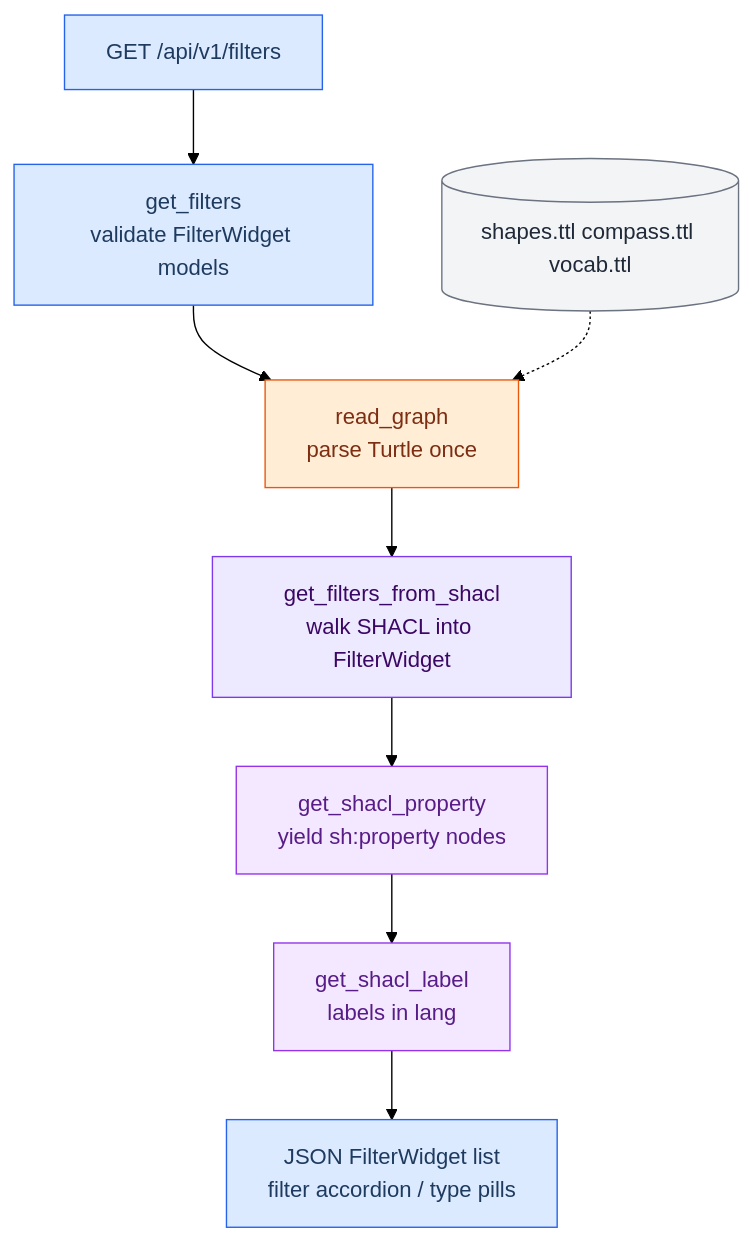
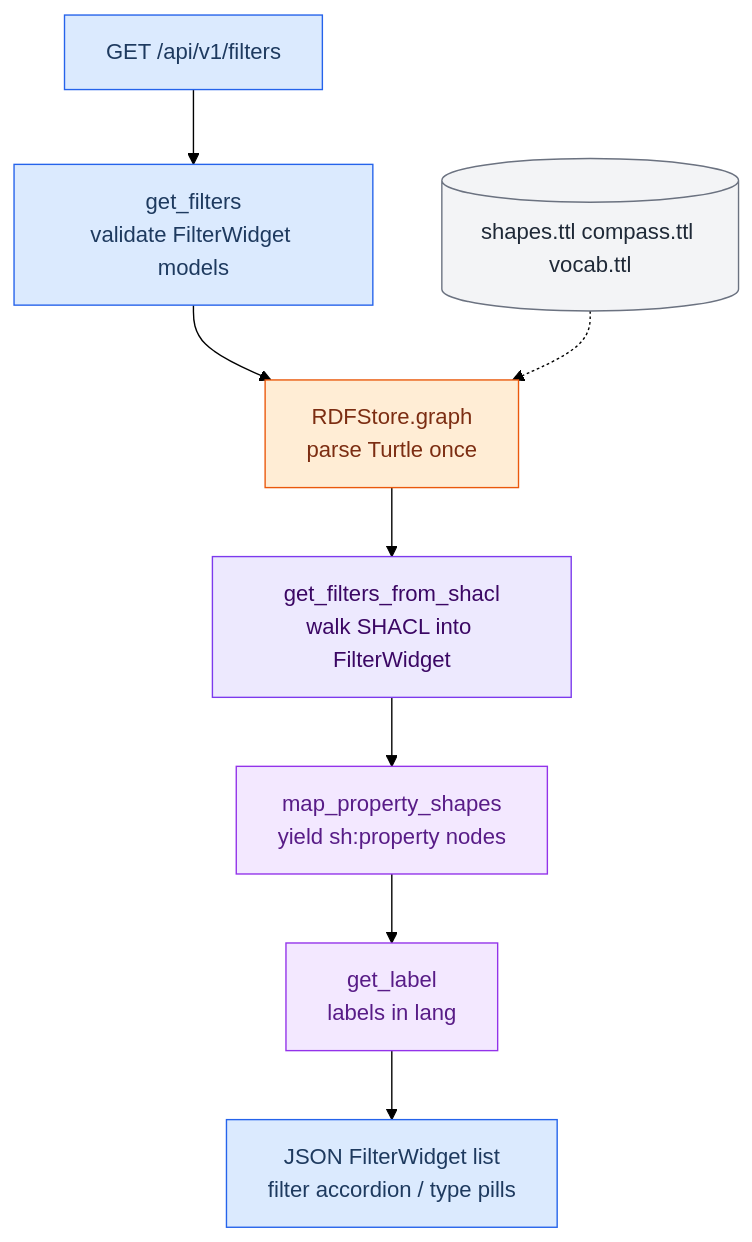
One commit to sdsc-ordes/compass changed the first of 2 diagrams in docs/backend/design.md. Above: the diagram before and after it, drawn with Mermaid (forest theme). The commit also changed other lines of this file and 17 other files, not shown here.

````diff
--- a/docs/backend/design.md
+++ b/docs/backend/design.md
@@ -17,27 +19,27 @@
 ```mermaid
 flowchart TB
   API["GET /api/v1/filters"]
   FR["get_filters<br/>validate FilterWidget models"]
-  G["read_graph<br/>parse Turtle once"]
+  G["RDFStore.graph<br/>parse Turtle once"]
   TTL[("shapes.ttl compass.ttl vocab.ttl")]
   F["get_filters_from_shacl<br/>walk SHACL into FilterWidget"]
-  N["get_shacl_property<br/>yield sh:property nodes"]
-  L["get_shacl_label<br/>labels in lang"]
+  N["map_property_shapes<br/>yield sh:property nodes"]
+  L["get_label<br/>labels in lang"]
   OUT["JSON FilterWidget list<br/>filter accordion / type pills"]
 
   API --> FR --> G
   TTL -.-> G
   G --> F --> N --> L --> OUT
 
   classDef router fill:#dbeafe,stroke:#2563eb,color:#1e3a5f
   classDef rdf fill:#ffedd5,stroke:#ea580c,color:#7c2d12
   classDef filtermod fill:#ede9fe,stroke:#7c3aed,color:#3b0764
   classDef entitiesmod fill:#f3e8ff,stroke:#9333ea,color:#581c87
   classDef ontology fill:#f3f4f6,stroke:#6b7280,color:#1f2937
 
   class API,OUT,FR router
   class G rdf
   class F filtermod
   class N,L entitiesmod
   class TTL ontology
 ```
````
